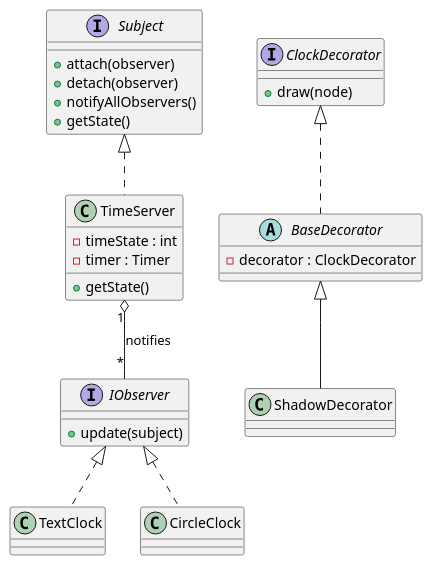
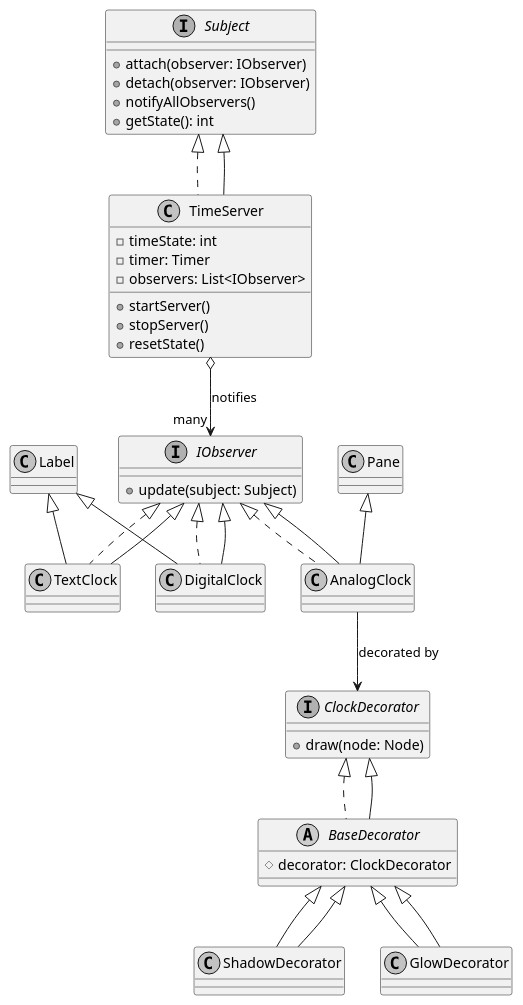
One commit to Titan0zxc/timeserverfx changed the diagram in uml/class_diagram.puml. Above: the diagram before and after it, drawn with PlantUML. The commit also changed other lines of this file and 6 other files, not shown here.

Commit message:
Изменил диаграммы

```diff
--- a/uml/class_diagram.puml
+++ b/uml/class_diagram.puml
@@ -1,42 +2,50 @@
 @startuml
+skinparam monochrome true
 
 interface Subject {
-    +attach(observer)
-    +detach(observer)
+    +attach(observer: IObserver)
+    +detach(observer: IObserver)
     +notifyAllObservers()
-    +getState()
+    +getState(): int
 }
 
 interface IObserver {
-    +update(subject)
+    +update(subject: Subject)
 }
 
-class TimeServer {
-    -timeState : int
-    -timer : Timer
-    +getState()
+class TimeServer implements Subject {
+    -timeState: int
+    -timer: Timer
+    -observers: List<IObserver>
+    +startServer()
+    +stopServer()
+    +resetState()
 }
 
-Subject <|.. TimeServer
-IObserver <|.. TextClock
-IObserver <|.. CircleClock
-
-TimeServer "1" o-- "*" IObserver : notifies
-
-class TextClock
-class CircleClock
+class TextClock extends Label implements IObserver
+class DigitalClock extends Label implements IObserver
+class AnalogClock extends Pane implements IObserver
 
 interface ClockDecorator {
-    +draw(node)
+    +draw(node: Node)
 }
 
-abstract class BaseDecorator {
-    -decorator : ClockDecorator
+abstract class BaseDecorator implements ClockDecorator {
+    #decorator: ClockDecorator
 }
 
-class ShadowDecorator
+class ShadowDecorator extends BaseDecorator
+class GlowDecorator extends BaseDecorator
 
-ClockDecorator <|.. BaseDecorator
+Subject <|-- TimeServer
+IObserver <|-- TextClock
+IObserver <|-- DigitalClock
+IObserver <|-- AnalogClock
+
+ClockDecorator <|-- BaseDecorator
 BaseDecorator <|-- ShadowDecorator
+BaseDecorator <|-- GlowDecorator
 
+TimeServer o--> "many" IObserver : notifies
+AnalogClock --> ClockDecorator : decorated by
 @enduml
```
